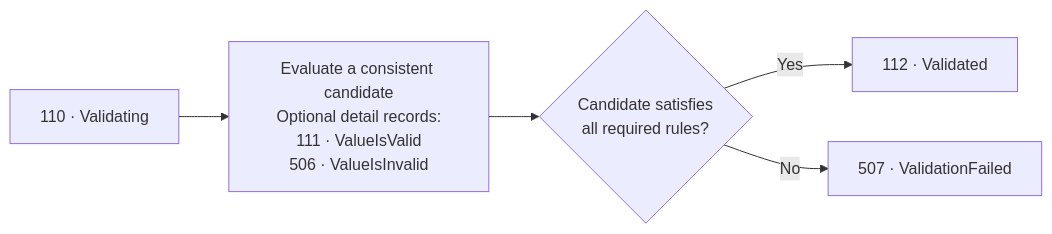
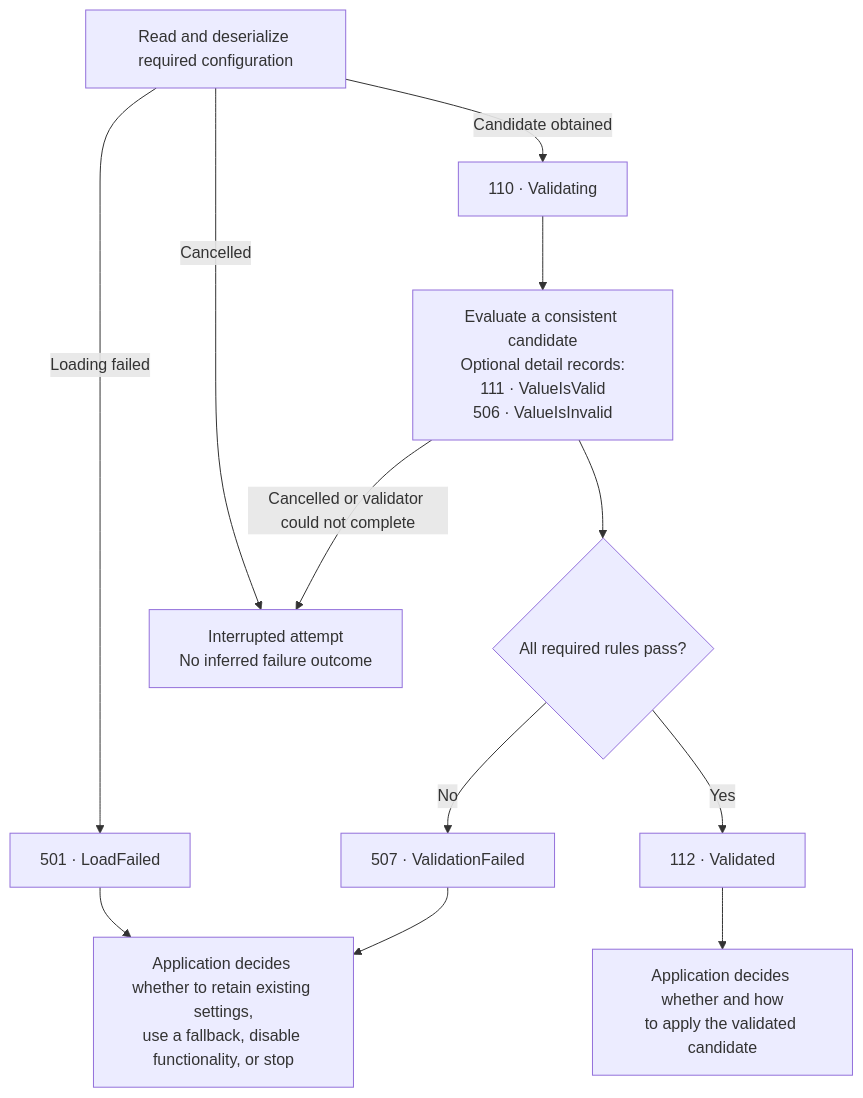
The diagram in docs/architecture/CONFIGURATION-VALIDATION.md (patware/Patware.Diagnostics), drawn with Mermaid before and after one commit. The commit also changed other lines of this file and 24 other files, not shown here.

First line of the commit message:
feat: add configuration load failure diagnostics

````diff
--- a/docs/architecture/CONFIGURATION-VALIDATION.md
+++ b/docs/architecture/CONFIGURATION-VALIDATION.md
@@ -28,12 +39,29 @@
 ```mermaid
-flowchart LR
+flowchart TD
+    load["Read and deserialize required configuration"]
+
+    loadFailed["501 · LoadFailed"]
     start["110 · Validating"]
     checks["Evaluate a consistent candidate<br/>Optional detail records:<br/>111 · ValueIsValid<br/>506 · ValueIsInvalid"]
-    outcome{"Candidate satisfies<br/>all required rules?"}
-    success["112 · Validated"]
-    failure["507 · ValidationFailed"]
+    outcome{"All required rules pass?"}
+    valid["112 · Validated"]
+    invalid["507 · ValidationFailed"]
 
-    start --> checks --> outcome
-    outcome -->|Yes| success
-    outcome -->|No| failure
+    fallback["Application decides whether to retain existing settings,<br/>use a fallback, disable functionality, or stop"]
+    apply["Application decides whether and how<br/>to apply the validated candidate"]
+    interrupted["Interrupted attempt<br/>No inferred failure outcome"]
+
+    load -->|Loading failed| loadFailed
+    load -->|Candidate obtained| start
+    load -->|Cancelled| interrupted
+
+    start --> checks
+    checks --> outcome
+    checks -->|Cancelled or validator could not complete| interrupted
+    outcome -->|Yes| valid
+    outcome -->|No| invalid
+
+    loadFailed --> fallback
+    invalid --> fallback
+    valid --> apply
 ```
````
